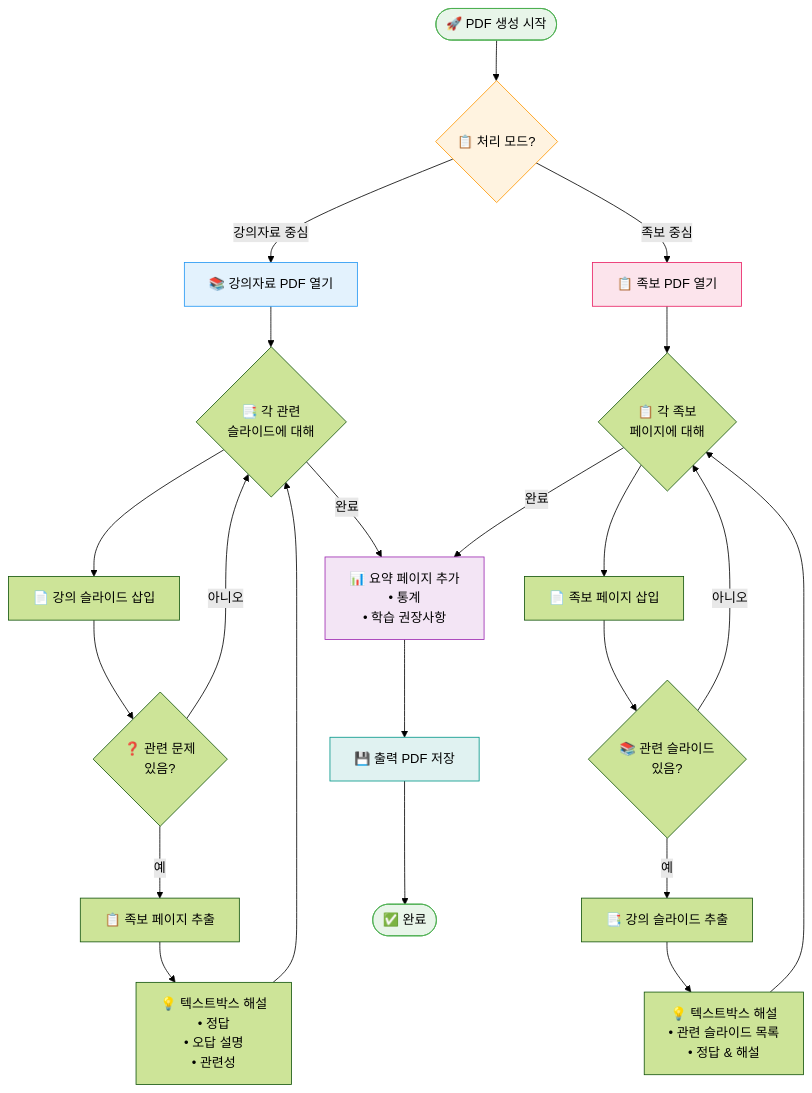
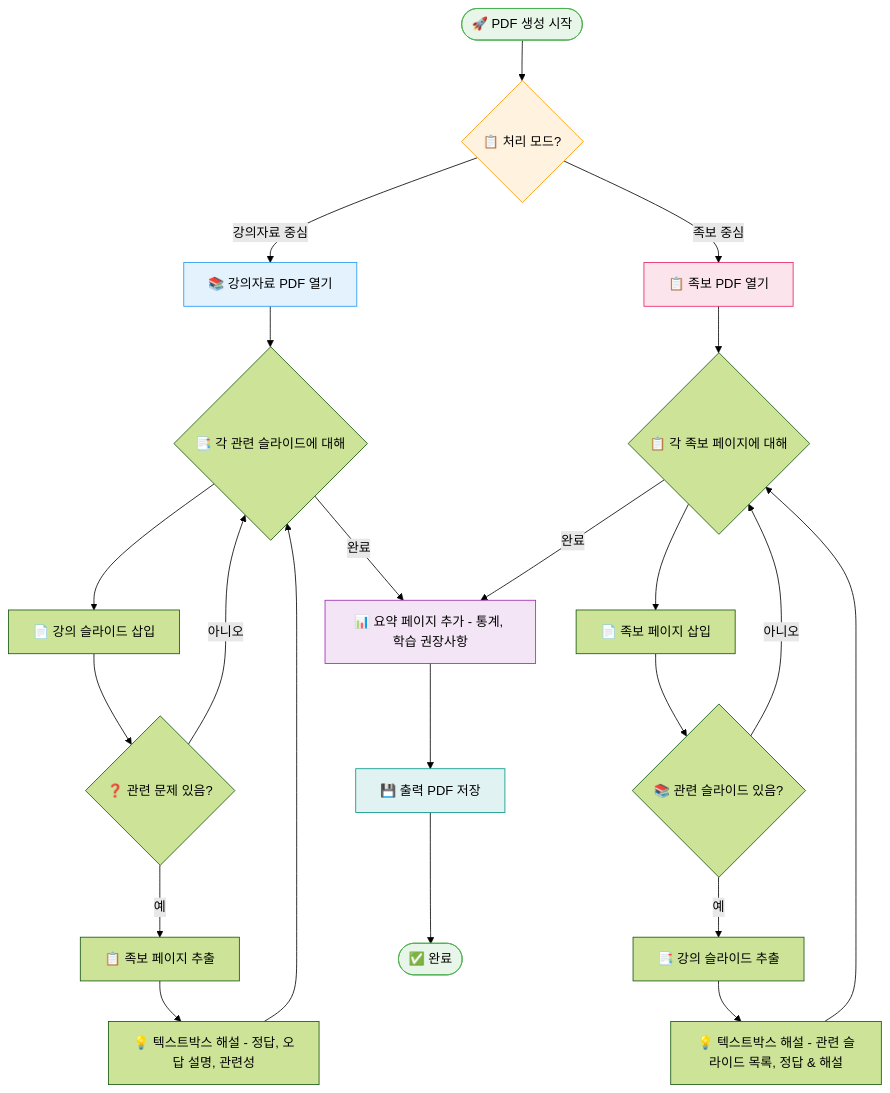
Before and after one commit to ksw6895/jokbodude: diagram 16 of 39 in architecture.md, drawn with Mermaid (forest theme). The commit also changed other lines of this file, not shown here.

First line of the commit message:
fix: architecture.md Mermaid 다이어그램 파싱 오류 수정

````diff
--- a/architecture.md
+++ b/architecture.md
@@ -845,39 +845,39 @@
 ```mermaid
 flowchart TD
     Start(["🚀 PDF 생성 시작"]) --> Mode{"📋 처리 모드?"}
     
     Mode -->|"강의자료 중심"| LC["📚 강의자료 PDF 열기"]
     Mode -->|"족보 중심"| JC["📋 족보 PDF 열기"]
     
     %% 강의자료 중심 흐름
-    LC --> LC1{"📑 각 관련<br/>슬라이드에 대해"}
+    LC --> LC1{"📑 각 관련 슬라이드에 대해"}
     LC1 --> LC2["📄 강의 슬라이드 삽입"]
-    LC2 --> LC3{"❓ 관련 문제<br/>있음?"}
+    LC2 --> LC3{"❓ 관련 문제 있음?"}
     LC3 -->|"예"| LC4["📋 족보 페이지 추출"]
     LC3 -->|"아니오"| LC1
-    LC4 --> LC5["💡 텍스트박스 해설<br/>• 정답<br/>• 오답 설명<br/>• 관련성"]
+    LC4 --> LC5["💡 텍스트박스 해설 - 정답, 오답 설명, 관련성"]
     LC5 --> LC1
     
     %% 족보 중심 흐름
-    JC --> JC1{"📋 각 족보<br/>페이지에 대해"}
+    JC --> JC1{"📋 각 족보 페이지에 대해"}
     JC1 --> JC2["📄 족보 페이지 삽입"]
-    JC2 --> JC3{"📚 관련 슬라이드<br/>있음?"}
+    JC2 --> JC3{"📚 관련 슬라이드 있음?"}
     JC3 -->|"예"| JC4["📑 강의 슬라이드 추출"]
     JC3 -->|"아니오"| JC1
-    JC4 --> JC5["💡 텍스트박스 해설<br/>• 관련 슬라이드 목록<br/>• 정답 & 해설"]
+    JC4 --> JC5["💡 텍스트박스 해설 - 관련 슬라이드 목록, 정답 & 해설"]
     JC5 --> JC1
     
     %% 공통 끝
-    LC1 -->|"완료"| Summary["📊 요약 페이지 추가<br/>• 통계<br/>• 학습 권장사항"]
+    LC1 -->|"완료"| Summary["📊 요약 페이지 추가 - 통계, 학습 권장사항"]
     JC1 -->|"완료"| Summary
     Summary --> Save["💾 출력 PDF 저장"]
     Save --> End(["✅ 완료"])
     
     style Start fill:#e8f5e9,stroke:#4caf50
     style End fill:#e8f5e9,stroke:#4caf50
     style Mode fill:#fff3e0,stroke:#ff9800
     style LC fill:#e3f2fd,stroke:#2196f3
     style JC fill:#fce4ec,stroke:#e91e63
     style Summary fill:#f3e5f5,stroke:#9c27b0
     style Save fill:#e0f2f1,stroke:#009688
 ```
````
